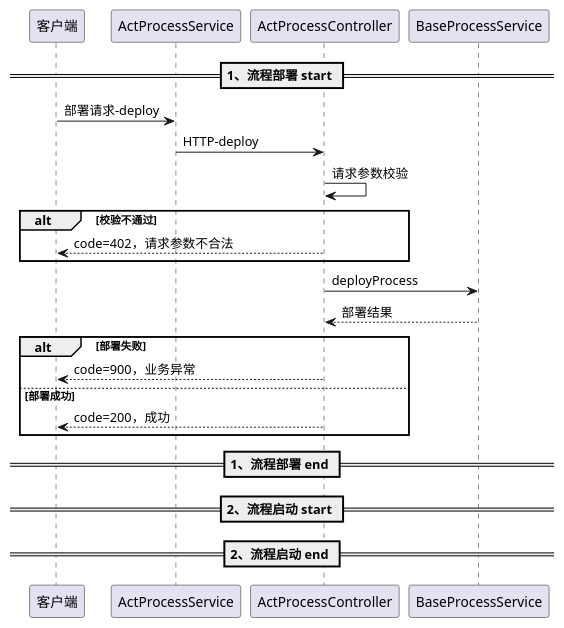
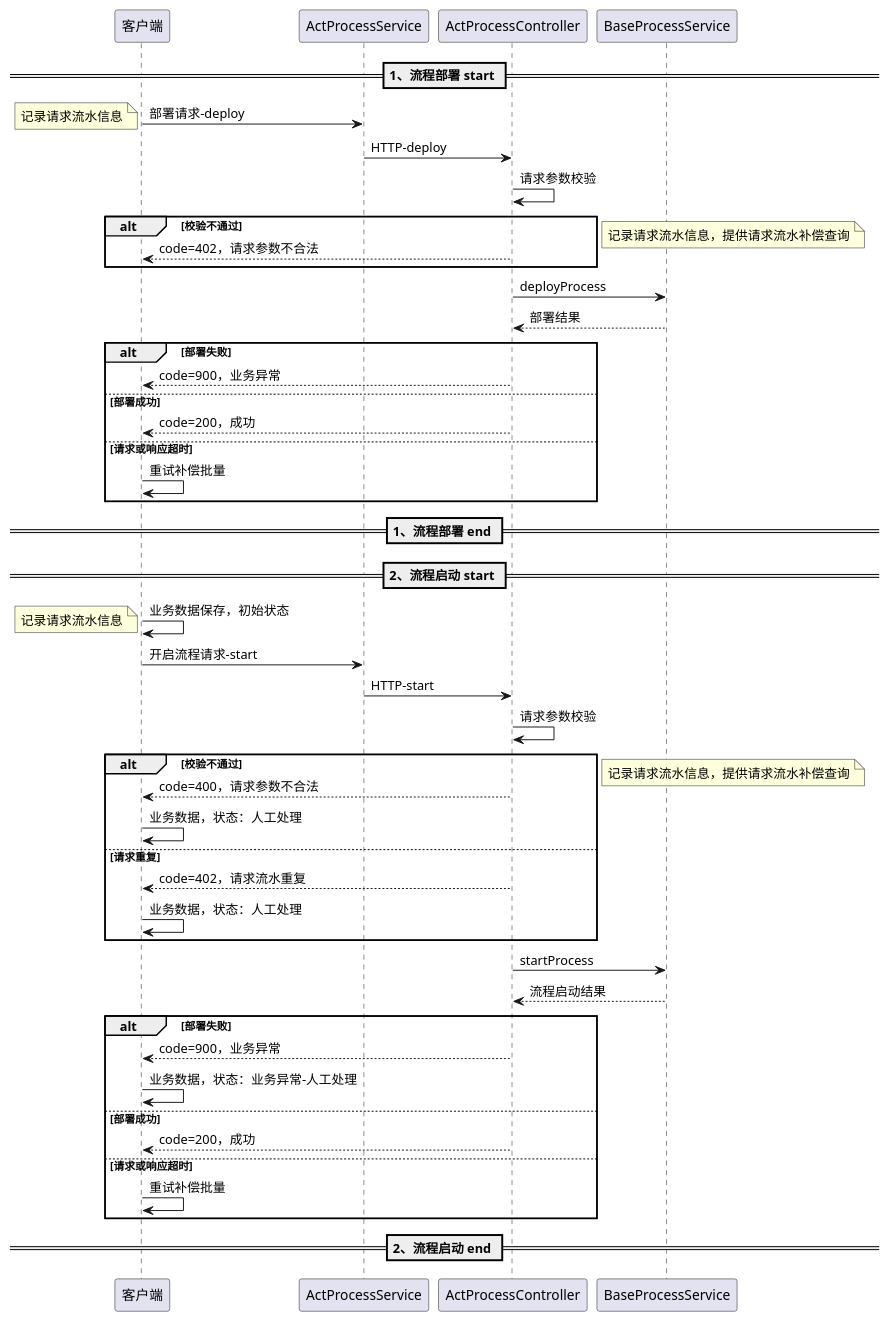
Before and after one commit to cmgun/spring-activiti: the diagram in docs/系统交互流程.puml, drawn with PlantUML. The commit also changed 49 other files, not shown here.

```diff
--- a/docs/系统交互流程.puml
+++ b/docs/系统交互流程.puml
@@ -1,20 +1,56 @@
 @startuml
 == 1、流程部署 start ==
 客户端 -> ActProcessService : 部署请求-deploy
+note left
+    记录请求流水信息
+end note
 ActProcessService ->  ActProcessController: HTTP-deploy
 ActProcessController -> ActProcessController : 请求参数校验
 alt 校验不通过
     客户端 <-- ActProcessController : code=402，请求参数不合法
 end alt
+note left
+    记录请求流水信息，提供请求流水补偿查询
+end note
 ActProcessController -> BaseProcessService : deployProcess
 ActProcessController <-- BaseProcessService : 部署结果
 alt 部署失败
     客户端 <-- ActProcessController : code=900，业务异常
 else 部署成功
     客户端 <-- ActProcessController : code=200，成功
+else 请求或响应超时
+    客户端 -> 客户端 : 重试补偿批量
 end alt
 == 1、流程部署 end ==
 
 == 2、流程启动 start ==
+客户端 -> 客户端 : 业务数据保存，初始状态
+note left
+    记录请求流水信息
+end note
+客户端 -> ActProcessService : 开启流程请求-start
+ActProcessService ->  ActProcessController: HTTP-start
+ActProcessController -> ActProcessController : 请求参数校验
+alt 校验不通过
+    客户端 <-- ActProcessController : code=400，请求参数不合法
+    客户端 -> 客户端 : 业务数据，状态：人工处理
+else 请求重复
+    客户端 <-- ActProcessController : code=402，请求流水重复
+    客户端 -> 客户端 : 业务数据，状态：人工处理
+end alt
+note left
+    记录请求流水信息，提供请求流水补偿查询
+end note
+ActProcessController -> BaseProcessService : startProcess
+ActProcessController <-- BaseProcessService : 流程启动结果
+alt 部署失败
+    客户端 <-- ActProcessController : code=900，业务异常
+    客户端 -> 客户端 : 业务数据，状态：业务异常-人工处理
+else 部署成功
+    客户端 <-- ActProcessController : code=200，成功
+else 请求或响应超时
+    客户端 -> 客户端 : 重试补偿批量
+end alt
+
 == 2、流程启动 end ==
 @enduml
```
